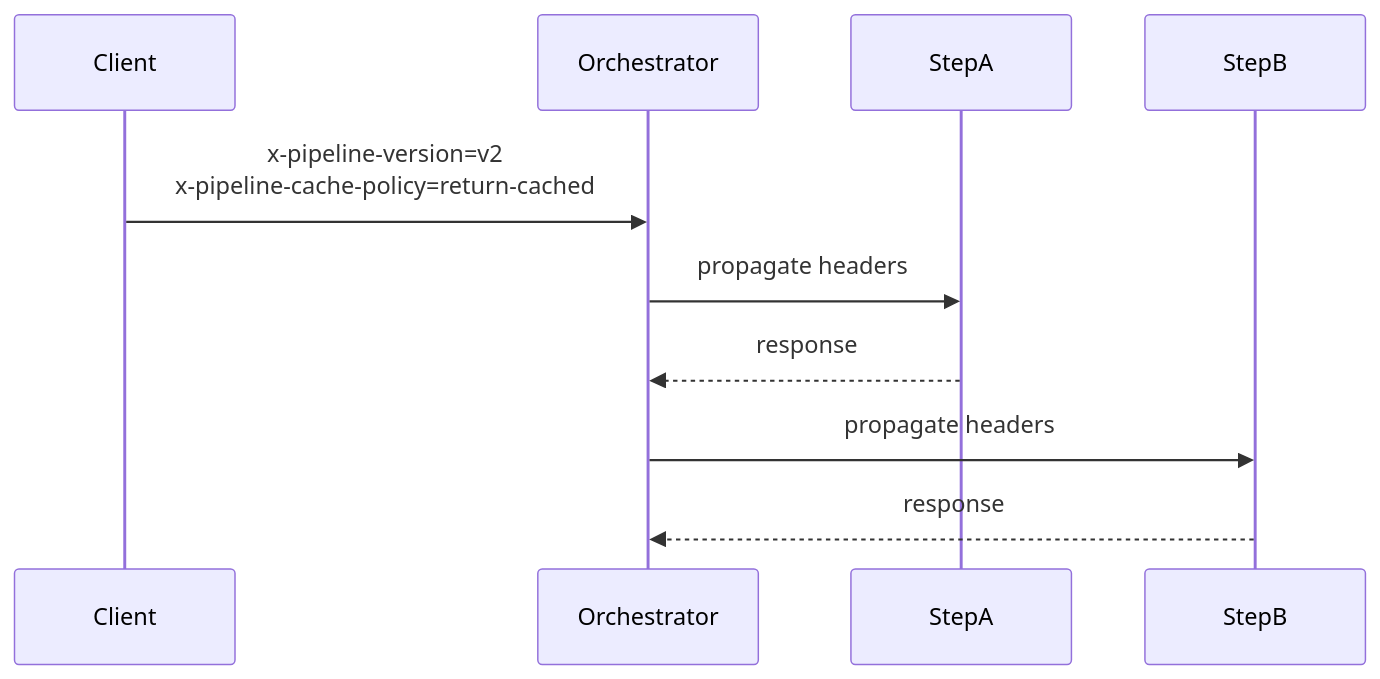
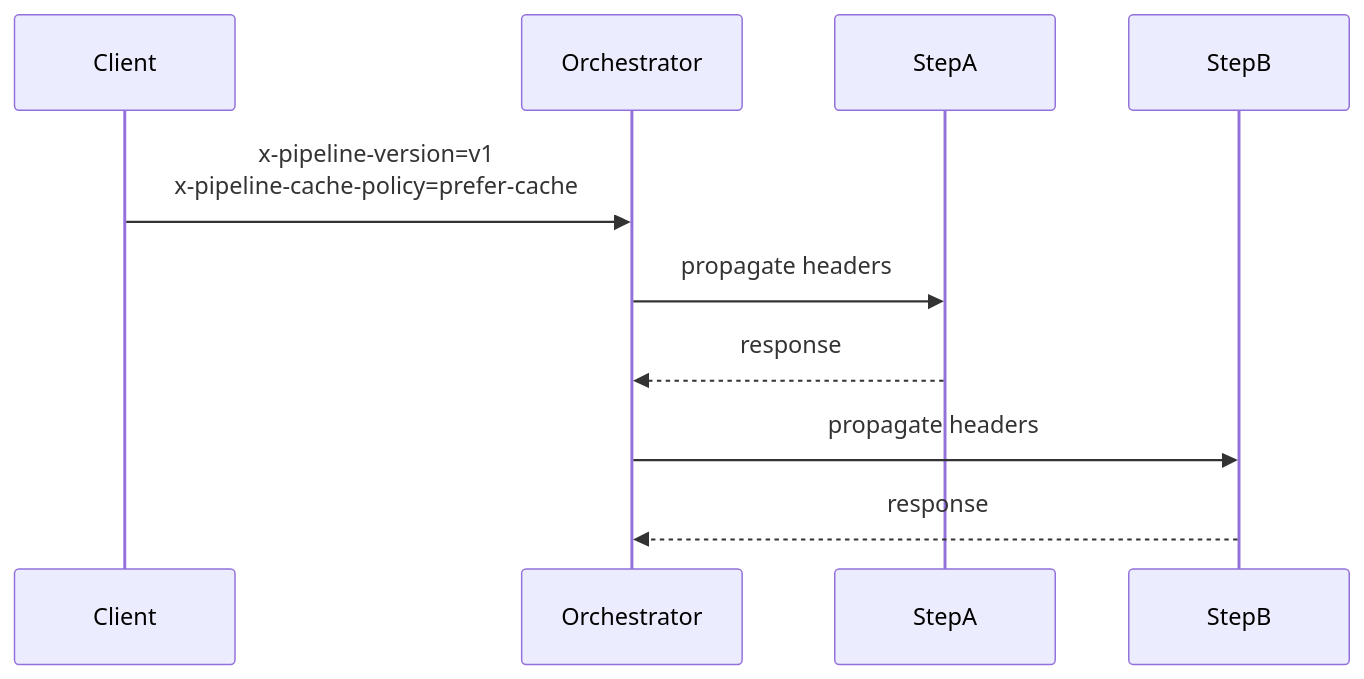
The third of 3 diagrams in docs/guide/plugins/caching/replay-walkthrough.md (The-Pipeline-Framework/pipelineframework), drawn with Mermaid before and after one commit. The commit also changed other lines of this file and 6 other files, not shown here.

Commit message:
Added the BYPASS_CACHE policy and clarified cache control

````diff
--- a/docs/guide/plugins/caching/replay-walkthrough.md
+++ b/docs/guide/plugins/caching/replay-walkthrough.md
@@ -81,13 +93,13 @@
 ```mermaid
 sequenceDiagram
   participant Client
   participant Orchestrator
   participant StepA
   participant StepB
 
-  Client->>Orchestrator: x-pipeline-version=v2<br/>x-pipeline-cache-policy=return-cached
+  Client->>Orchestrator: x-pipeline-version=v1<br/>x-pipeline-cache-policy=prefer-cache
   Orchestrator->>StepA: propagate headers
   StepA-->>Orchestrator: response
   Orchestrator->>StepB: propagate headers
   StepB-->>Orchestrator: response
 ```
````
